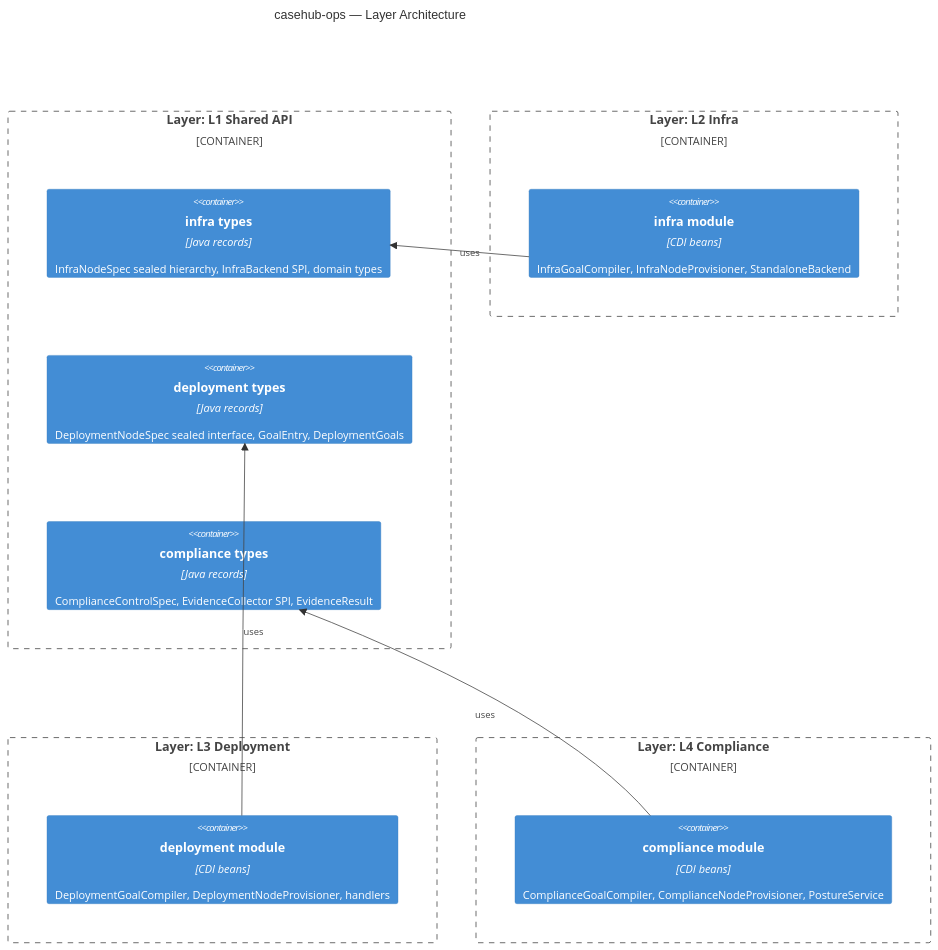
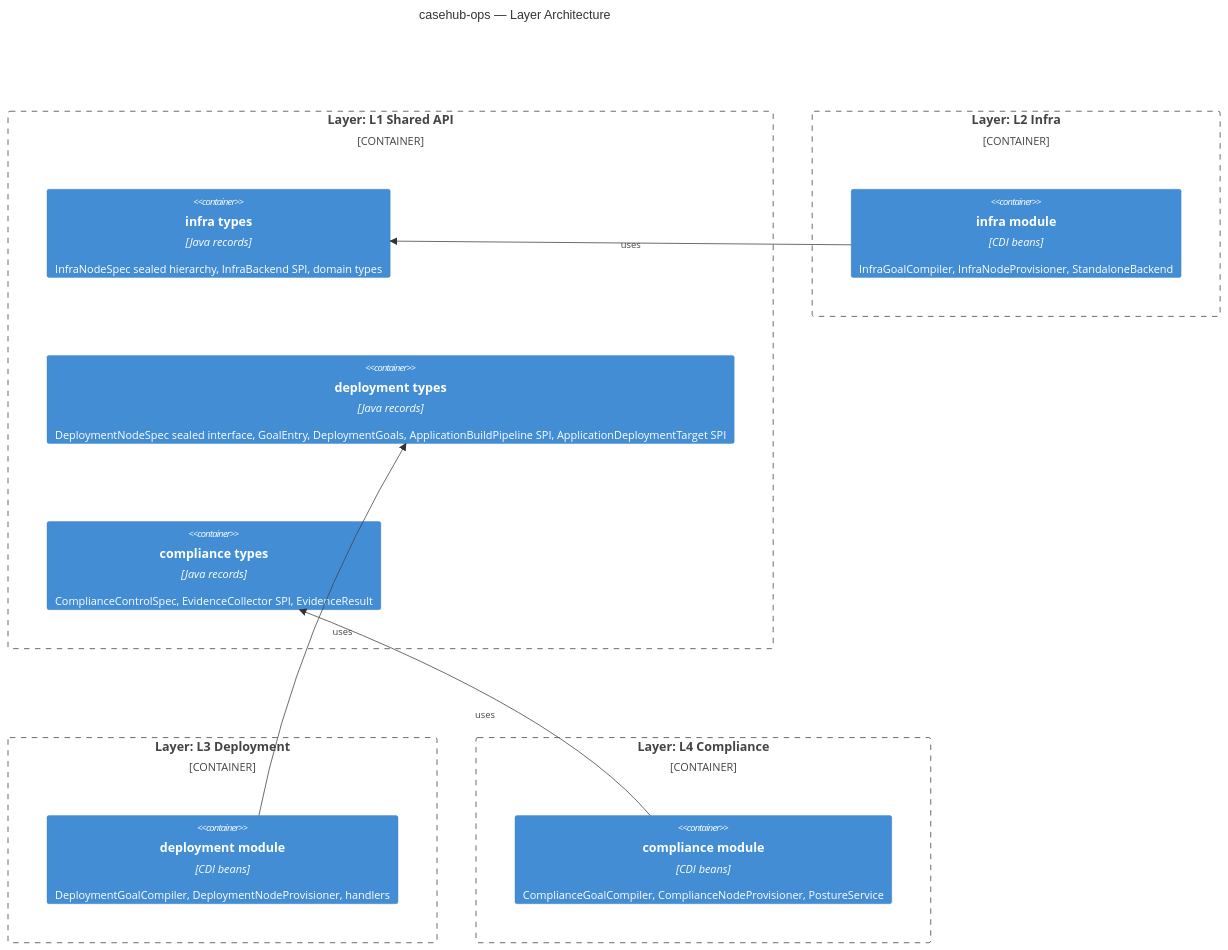
Before and after one commit to casehubio/casehub-ops: the second of 4 diagrams in ARC42STORIES.MD, drawn with Mermaid. The commit also changed other lines of this file and 14 other files, not shown here.

First line of the commit message:
feat(#83): wire casehub_application provisioner, drift checker, and deployment SPIs

````diff
--- a/ARC42STORIES.MD
+++ b/ARC42STORIES.MD
@@ -151,21 +151,21 @@
 ```mermaid
 C4Container
   title casehub-ops — Layer Architecture
   Container_Boundary(api, "Layer: L1 Shared API") {
     Container(infra_api, "infra types", "Java records", "InfraNodeSpec sealed hierarchy, InfraBackend SPI, domain types")
-    Container(deploy_api, "deployment types", "Java records", "DeploymentNodeSpec sealed interface, GoalEntry, DeploymentGoals")
+    Container(deploy_api, "deployment types", "Java records", "DeploymentNodeSpec sealed interface, GoalEntry, DeploymentGoals, ApplicationBuildPipeline SPI, ApplicationDeploymentTarget SPI")
     Container(comply_api, "compliance types", "Java records", "ComplianceControlSpec, EvidenceCollector SPI, EvidenceResult")
   }
   Container_Boundary(infra, "Layer: L2 Infra") {
     Container(infra_mod, "infra module", "CDI beans", "InfraGoalCompiler, InfraNodeProvisioner, StandaloneBackend")
   }
   Container_Boundary(deploy, "Layer: L3 Deployment") {
     Container(deploy_mod, "deployment module", "CDI beans", "DeploymentGoalCompiler, DeploymentNodeProvisioner, handlers")
   }
   Container_Boundary(comply, "Layer: L4 Compliance") {
     Container(comply_mod, "compliance module", "CDI beans", "ComplianceGoalCompiler, ComplianceNodeProvisioner, PostureService")
   }
   Rel(infra_mod, infra_api, "uses")
   Rel(deploy_mod, deploy_api, "uses")
   Rel(comply_mod, comply_api, "uses")
 ```
````
